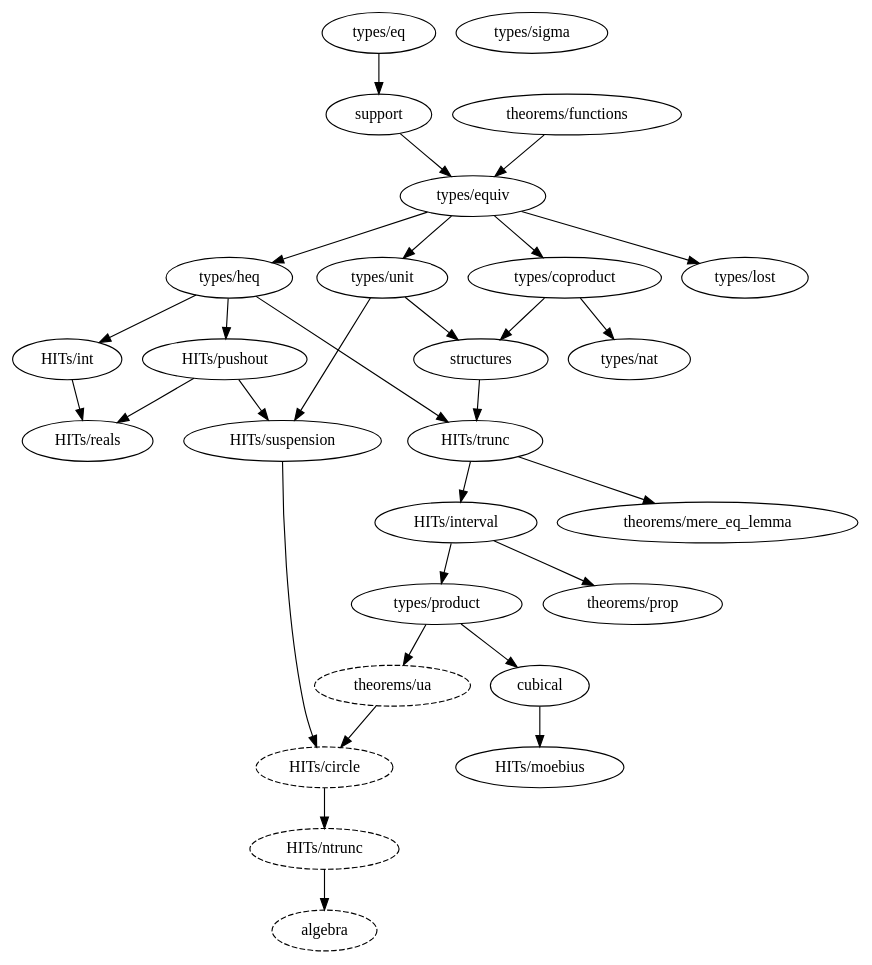
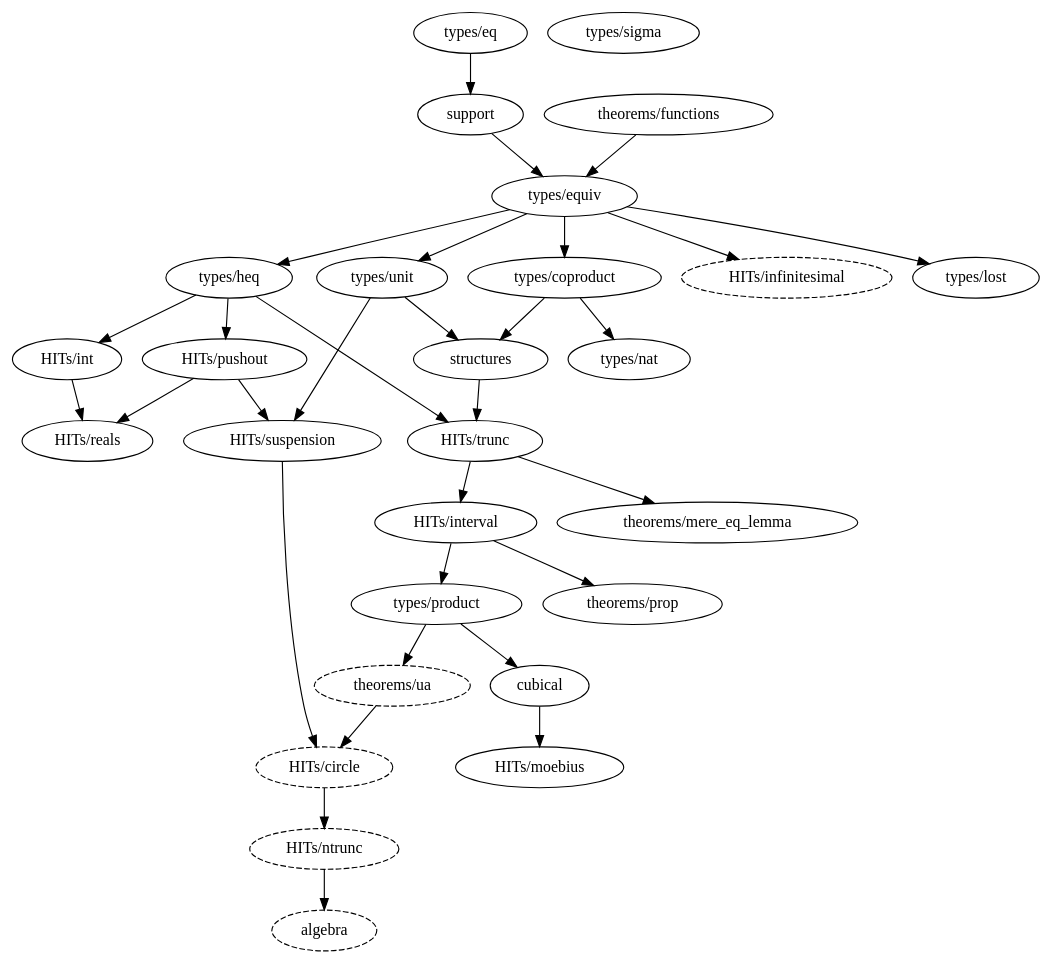
Before and after one commit to forked-from-1kasper/ground_zero: the diagram in dependency_map.gv, drawn with Graphviz. The commit also changed 8 other files, not shown here.

```diff
--- a/dependency_map.gv
+++ b/dependency_map.gv
@@ -1,59 +1,62 @@
 digraph dependency_map {
   algebra [style=dashed]
   "HITs/ntrunc" -> algebra
 
   "HITs/circle" [style=dashed]
   "HITs/suspension" -> "HITs/circle"
   "theorems/ua" -> "HITs/circle"
+
+  "HITs/infinitesimal" [style=dashed]
+  "types/equiv" -> "HITs/infinitesimal"
 
   "types/equiv" -> "types/coproduct"
 
   "types/product" -> cubical
 
   "types/equiv" -> "types/heq"
 
   support -> "types/equiv"
   "theorems/functions" -> "types/equiv"
 
   "types/heq" -> "HITs/int"
 
   "HITs/trunc" -> "HITs/interval"
 
   cubical -> "HITs/moebius"
 
   "HITs/trunc" -> "theorems/mere_eq_lemma"
 
   "HITs/ntrunc" [style=dashed]
   "HITs/circle" -> "HITs/ntrunc"
 
   "HITs/interval" -> "types/product"
 
   "HITs/interval" -> "theorems/prop"
 
   "types/heq" -> "HITs/pushout"
 
   "HITs/pushout" -> "HITs/reals"
   "HITs/int" -> "HITs/reals"
 
   "types/unit" -> structures
   "types/coproduct" -> structures
 
   "types/eq" -> support
 
   "HITs/pushout" -> "HITs/suspension"
   "types/unit" -> "HITs/suspension"
 
   structures -> "HITs/trunc"
   "types/heq" -> "HITs/trunc"
 
   "theorems/ua" [style=dashed]
   "types/product" -> "theorems/ua"
 
   "types/equiv" -> "types/unit"
 
   "types/coproduct" -> "types/nat"
 
   "types/equiv" -> "types/lost"
 
   "types/sigma"
 }
```
